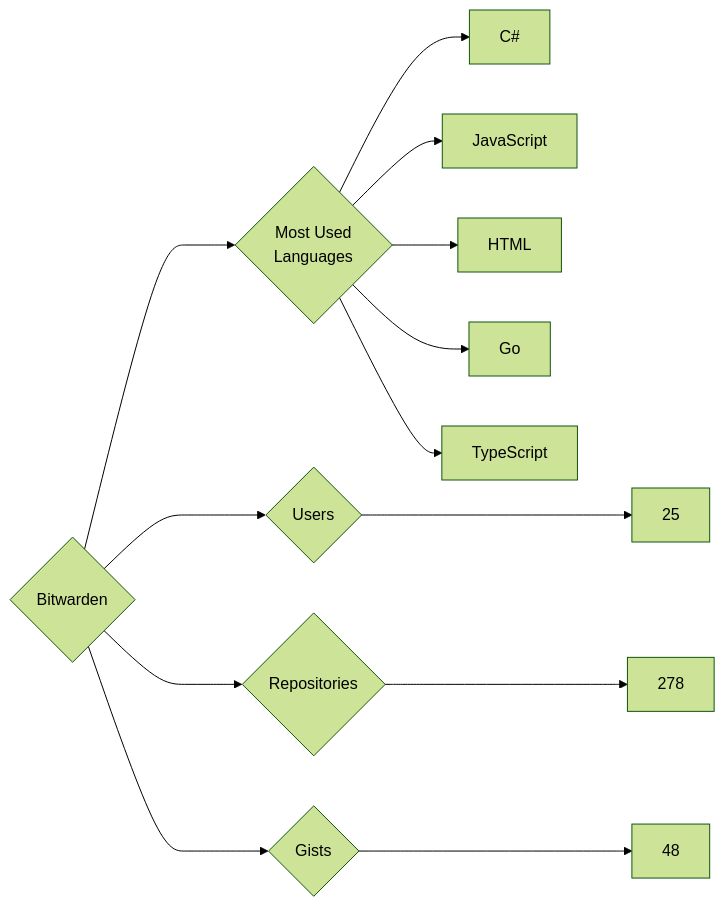
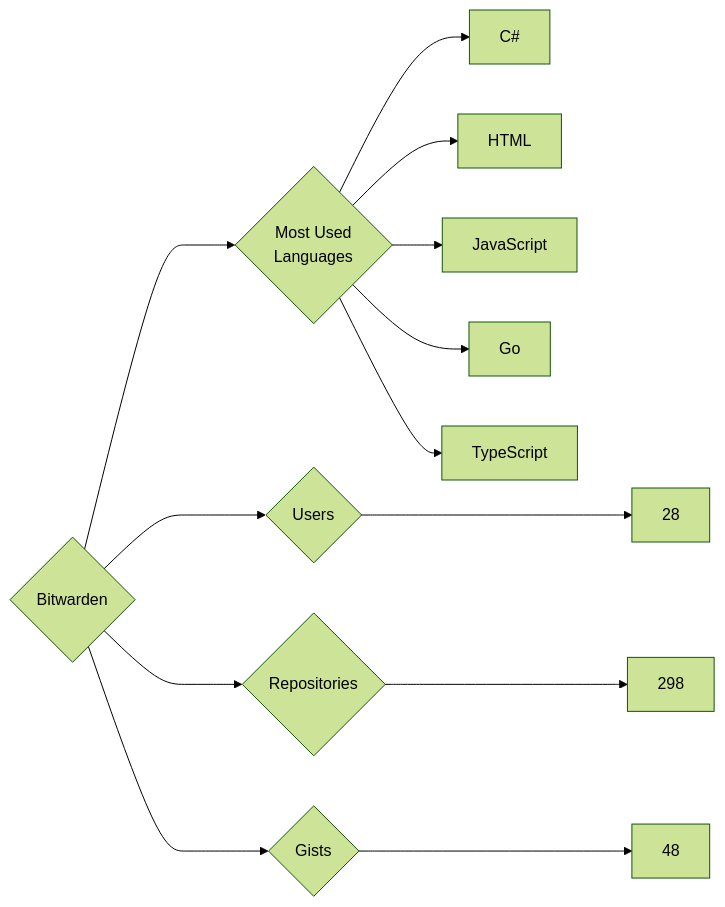
Before and after one commit to trickest/insiders: the diagram in targets/Bitwarden/README.md, drawn with Mermaid (forest theme). The commit also changed 715 other files, not shown here.

````diff
--- a/targets/Bitwarden/README.md
+++ b/targets/Bitwarden/README.md
@@ -3,13 +3,13 @@
 ```mermaid
 graph LR
 COMPANY_NAME{Bitwarden}
-COMPANY_NAME ---> U{Users} ---> UN[25]
-COMPANY_NAME ---> R{Repositories} ---> RN[278]
+COMPANY_NAME ---> U{Users} ---> UN[28]
+COMPANY_NAME ---> R{Repositories} ---> RN[298]
 COMPANY_NAME ---> G{Gists} ---> GN[48]
 COMPANY_NAME ---> ML{Most Used<br>Languages}
 ML --> C#[C#]
+ML --> HTML[HTML]
 ML --> JavaScript[JavaScript]
-ML --> HTML[HTML]
 ML --> Go[Go]
 ML --> TypeScript[TypeScript]
 ```
````
